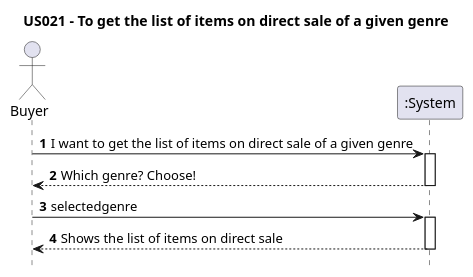
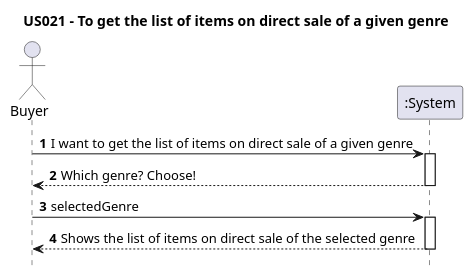
The diagram in Diagrams/SequenceDiagrams/N1/US021-to-get-the-list-of-items-on-direct-sale-of-a-given-genre.puml (AndrePereiraGitH/SWitCH-Project-Team_A), drawn with PlantUML before and after one commit. The commit also changed 6 other files, not shown here.

Commit message:
Working on #544: update all US021 diagrams to reflect new architecture

```diff
--- a/Diagrams/SequenceDiagrams/N1/US021-to-get-the-list-of-items-on-direct-sale-of-a-given-genre.puml
+++ b/Diagrams/SequenceDiagrams/N1/US021-to-get-the-list-of-items-on-direct-sale-of-a-given-genre.puml
@@ -1,22 +1,22 @@
 @startuml
 
 hide footbox
 autonumber
+
 title US021 - To get the list of items on direct sale of a given genre
 
 actor Buyer
 
-' Participants
 participant ":System" as System
 
-' Interactions
 Buyer -> System : I want to get the list of items on direct sale of a given genre
 activate System
-Buyer <-- System : Which genre? Choose!
+System --> Buyer : Which genre? Choose!
 deactivate System
-Buyer -> System : selectedgenre
+
+Buyer -> System : selectedGenre
 activate System
-System --> Buyer : Shows the list of items on direct sale
+System --> Buyer : Shows the list of items on direct sale of the selected genre
 deactivate System
 
 @enduml
```
